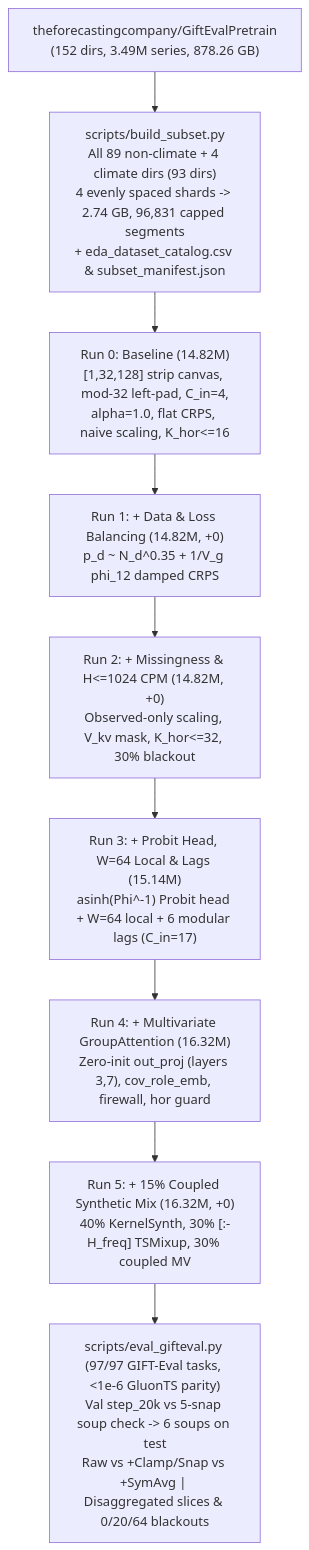
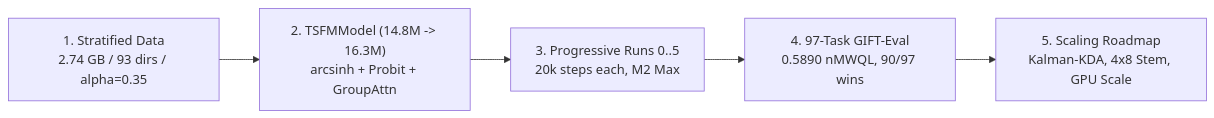
One commit to aldobattista/gifteval-tsfm-prototype changed the diagram in README.md. Above: the diagram before and after it, drawn with Mermaid. The commit also changed other lines of this file and 114 other files, not shown here.

````diff
--- a/README.md
+++ b/README.md
@@ -38,11 +17,7 @@
 ```mermaid
-flowchart TD
-    D["theforecastingcompany/GiftEvalPretrain<br/>(152 dirs, 3.49M series, 878.26 GB)"] --> S["scripts/build_subset.py<br/>All 89 non-climate + 4 climate dirs (93 dirs)<br/>4 evenly spaced shards -> 2.74 GB, 96,831 capped segments<br/>+ eda_dataset_catalog.csv & subset_manifest.json"]
-    S --> R0["Run 0: Baseline (14.82M)<br/>[1,32,128] strip canvas, mod-32 left-pad, C_in=4,<br/>alpha=1.0, flat CRPS, naive scaling, K_hor<=16"]
-    R0 --> R1["Run 1: + Data & Loss Balancing (14.82M, +0)<br/>p_d ~ N_d^0.35 + 1/V_g phi_12 damped CRPS"]
-    R1 --> R2["Run 2: + Missingness & H<=1024 CPM (14.82M, +0)<br/>Observed-only scaling, V_kv mask, K_hor<=32, 30% blackout"]
-    R2 --> R3["Run 3: + Probit Head, W=64 Local & Lags (15.14M)<br/>asinh(Phi^-1) Probit head + W=64 local + 6 modular lags (C_in=17)"]
-    R3 --> R4["Run 4: + Multivariate GroupAttention (16.32M)<br/>Zero-init out_proj (layers 3,7), cov_role_emb, firewall, hor guard"]
-    R4 --> R5["Run 5: + 15% Coupled Synthetic Mix (16.32M, +0)<br/>40% KernelSynth, 30% [:-H_freq] TSMixup, 30% coupled MV"]
-    R5 --> EV["scripts/eval_gifteval.py (97/97 GIFT-Eval tasks, <1e-6 GluonTS parity)<br/>Val step_20k vs 5-snap soup check -> 6 soups on test<br/>Raw vs +Clamp/Snap vs +SymAvg | Disaggregated slices & 0/20/64 blackouts"]
+flowchart LR
+    D["1. Stratified Data<br/>2.74 GB / 93 dirs / alpha=0.35"] --> M["2. TSFMModel (14.8M -> 16.3M)<br/>arcsinh + Probit + GroupAttn"]
+    M --> R["3. Progressive Runs 0..5<br/>20k steps each, M2 Max"]
+    R --> E["4. 97-Task GIFT-Eval<br/>0.5890 nMWQL, 90/97 wins"]
+    E --> N["5. Scaling Roadmap<br/>Kalman-KDA, 4x8 Stem, GPU Scale"]
 ```
````
